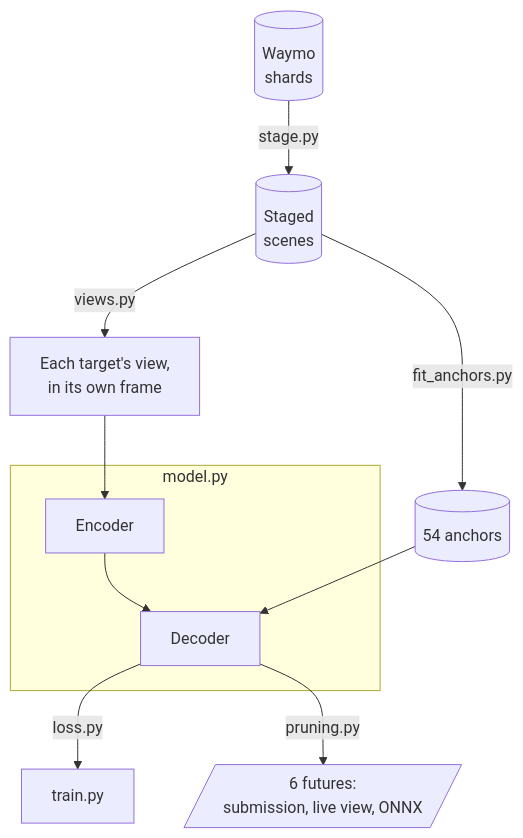
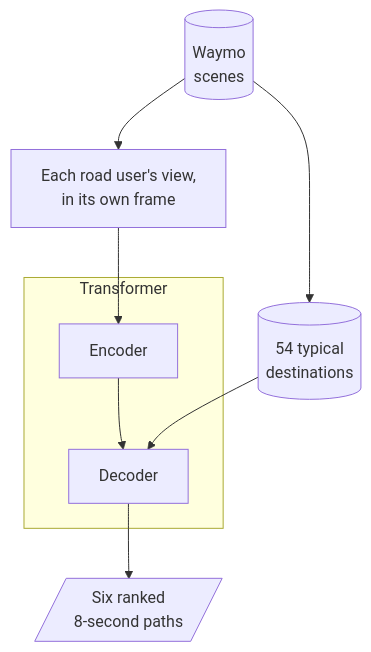
The diagram in README.md (scottgrew/MotionNet-avPrediction), drawn with Mermaid before and after one commit. The commit also changed other lines of this file, not shown here.

````diff
--- a/README.md
+++ b/README.md
@@ -68,13 +58,11 @@
 ```mermaid
 flowchart TB
-    RAW[("Waymo<br/>shards")] -->|stage.py| STAGED[("Staged<br/>scenes")]
-    STAGED -->|views.py| VIEW["Each target's view,<br/>in its own frame"]
-    STAGED -->|fit_anchors.py| ANCHORS[("54 anchors")]
-    subgraph MODEL["model.py"]
+    RAW[("Waymo<br/>scenes")] --> VIEW["Each road user's view,<br/>in its own frame"]
+    RAW --> ANCHORS[("54 typical<br/>destinations")]
+    subgraph MODEL["Transformer"]
         ENCODER["Encoder"] --> DECODER["Decoder"]
     end
     VIEW --> ENCODER
     ANCHORS --> DECODER
-    DECODER -->|loss.py| TRAIN["train.py"]
-    DECODER -->|pruning.py| OUT[/"6 futures:<br/>submission, live view, ONNX"/]
+    DECODER --> OUT[/"Six ranked<br/>8-second paths"/]
 ```
````
